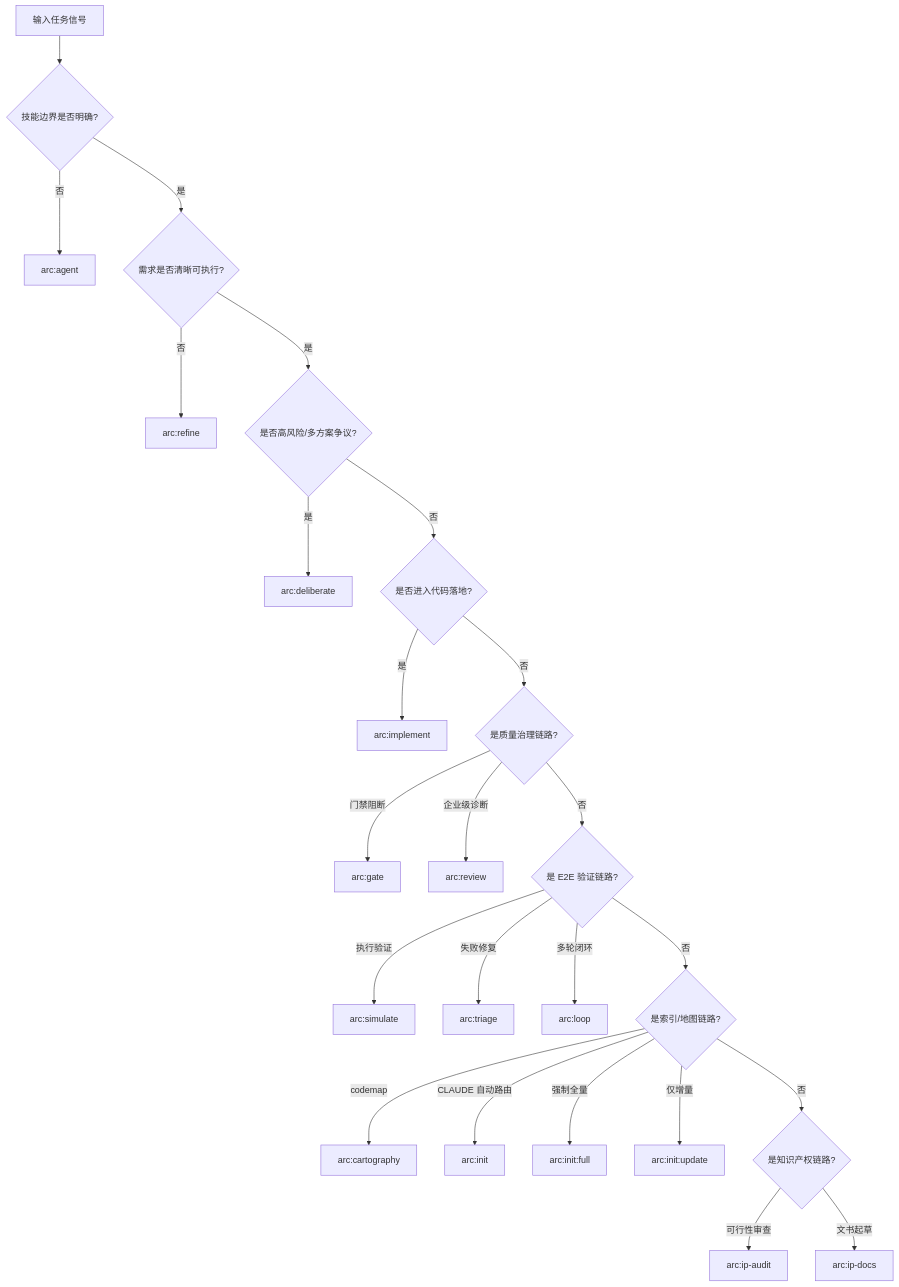
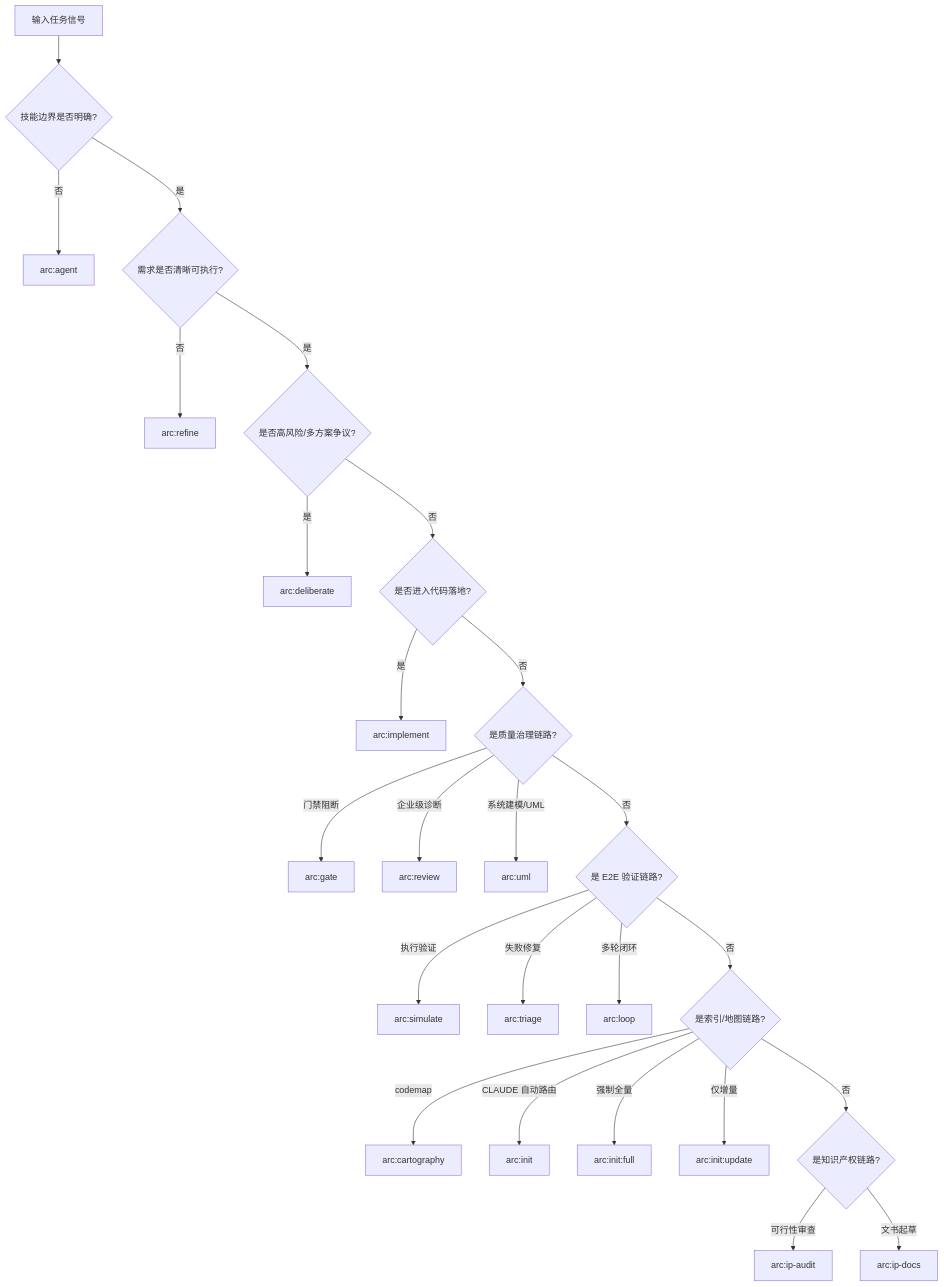
One commit to iwen-conf/Skills changed the diagram in docs/arc-routing-matrix.md. Above: the diagram before and after it, drawn with Mermaid. The commit also changed other lines of this file and 28 other files, not shown here.

Commit message:
feat: add mermaid-based arc:uml skill and improve review metadata

````diff
--- a/docs/arc-routing-matrix.md
+++ b/docs/arc-routing-matrix.md
@@ -27,26 +28,27 @@
 ```mermaid
 flowchart TD
     A["输入任务信号"] --> B{"技能边界是否明确?"}
     B -- "否" --> AG["arc:agent"]
     B -- "是" --> C{"需求是否清晰可执行?"}
     C -- "否" --> RF["arc:refine"]
     C -- "是" --> D{"是否高风险/多方案争议?"}
     D -- "是" --> DL["arc:deliberate"]
     D -- "否" --> E{"是否进入代码落地?"}
     E -- "是" --> IM["arc:implement"]
     E -- "否" --> F{"是质量治理链路?"}
     F -- "门禁阻断" --> GT["arc:gate"]
     F -- "企业级诊断" --> RV["arc:review"]
+    F -- "系统建模/UML" --> UML["arc:uml"]
     F -- "否" --> G{"是 E2E 验证链路?"}
     G -- "执行验证" --> SM["arc:simulate"]
     G -- "失败修复" --> TR["arc:triage"]
     G -- "多轮闭环" --> LP["arc:loop"]
     G -- "否" --> H{"是索引/地图链路?"}
     H -- "codemap" --> CT["arc:cartography"]
     H -- "CLAUDE 自动路由" --> IN["arc:init"]
     H -- "强制全量" --> IF["arc:init:full"]
     H -- "仅增量" --> IU["arc:init:update"]
     H -- "否" --> I{"是知识产权链路?"}
     I -- "可行性审查" --> IA["arc:ip-audit"]
     I -- "文书起草" --> ID["arc:ip-docs"]
 ```
````
